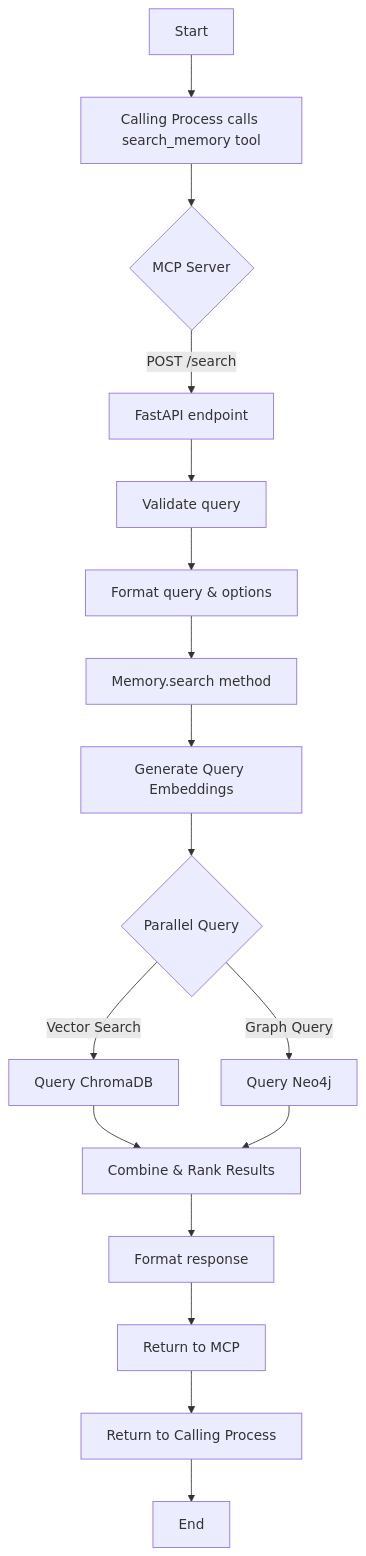
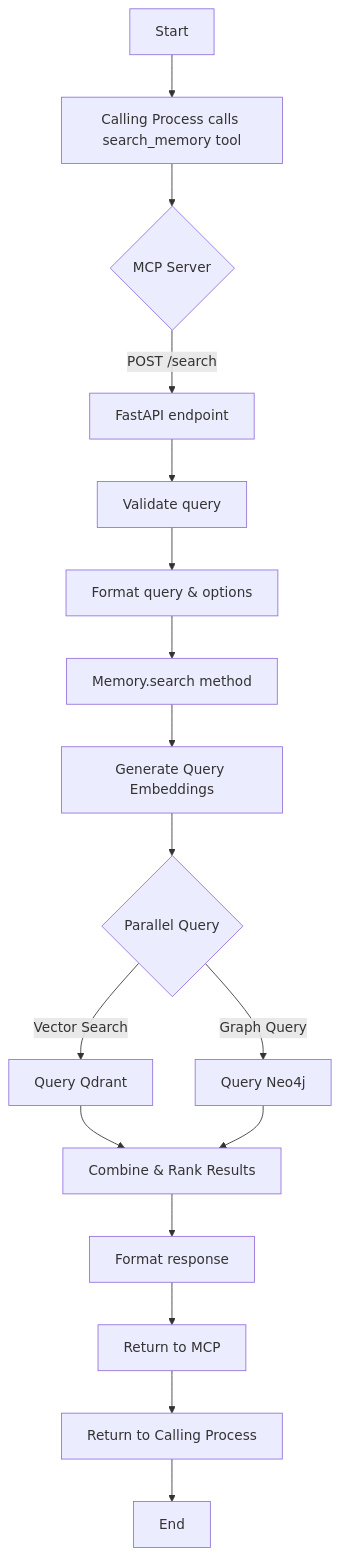
The ninth of 11 diagrams in dangeroo-mem0-mcp/docs/dangeroo-architecture.md (darrynv/dangeroo), drawn with Mermaid before and after one commit. The commit also changed other lines of this file and 7 other files, not shown here.

````diff
--- a/dangeroo-mem0-mcp/docs/dangeroo-architecture.md
+++ b/dangeroo-mem0-mcp/docs/dangeroo-architecture.md
@@ -301,21 +301,21 @@
 ```mermaid
 flowchart TD
     A[Start] --> B[Calling Process calls search_memory tool]
     B --> C{MCP Server}
     C --> |POST /search| D[FastAPI endpoint]
     D --> E[Validate query]
     E --> F[Format query & options]
     F --> G[Memory.search method]
     
     G --> H[Generate Query Embeddings]
     
     H --> I{Parallel Query}
-    I --> |Vector Search| J[Query ChromaDB]
+    I --> |Vector Search| J[Query Qdrant]
     I --> |Graph Query| K[Query Neo4j]
     
     J & K --> L[Combine & Rank Results]
     L --> M[Format response]
     M --> N[Return to MCP]
     N --> O[Return to Calling Process]
     O --> P[End]
 ```
````
